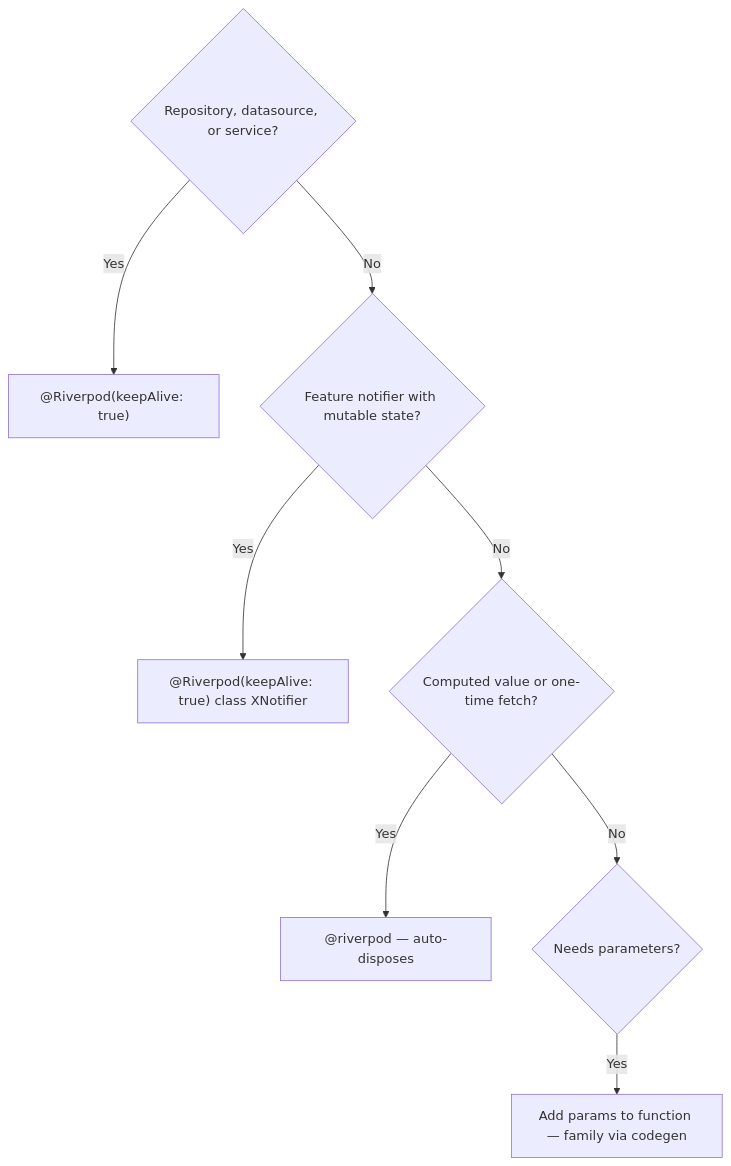
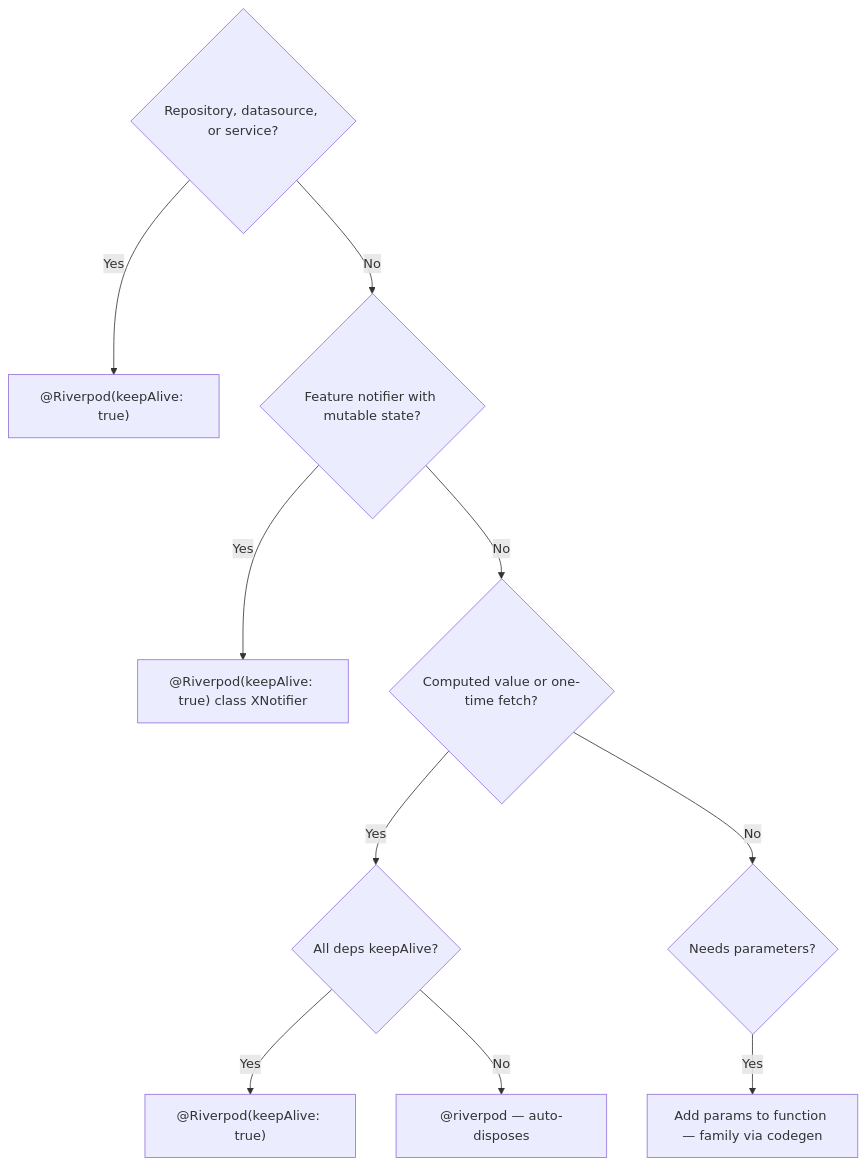
One commit to sgaabdu4/building-flutter-apps changed the second of 2 diagrams in SKILL.md. Above: the diagram before and after it, drawn with Mermaid. The commit also changed other lines of this file and 1 other file, not shown here.

Commit message:
feat: enhance performance guidelines with auto-dispose lifecycle considerations

````diff
--- a/SKILL.md
+++ b/SKILL.md
@@ -93,10 +93,12 @@
 ```mermaid
 graph TD
   Q1{Repository, datasource, or service?} -->|Yes| A1["@Riverpod(keepAlive: true)"]
   Q1 -->|No| Q2{Feature notifier with mutable state?}
   Q2 -->|Yes| A2["@Riverpod(keepAlive: true) class XNotifier"]
   Q2 -->|No| Q3{Computed value or one-time fetch?}
-  Q3 -->|Yes| A3["@riverpod — auto-disposes"]
+  Q3 -->|Yes| Q5{All deps keepAlive?}
+  Q5 -->|Yes| A5["@Riverpod(keepAlive: true)"]
+  Q5 -->|No| A3["@riverpod — auto-disposes"]
   Q3 -->|No| Q4{Needs parameters?}
   Q4 -->|Yes| A4["Add params to function — family via codegen"]
 ```
````
